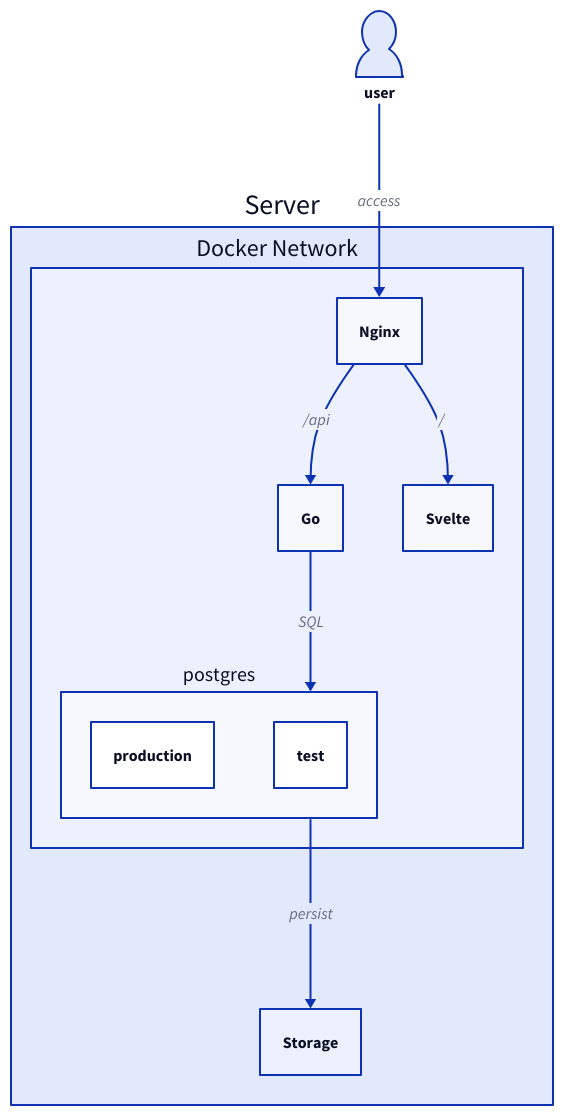
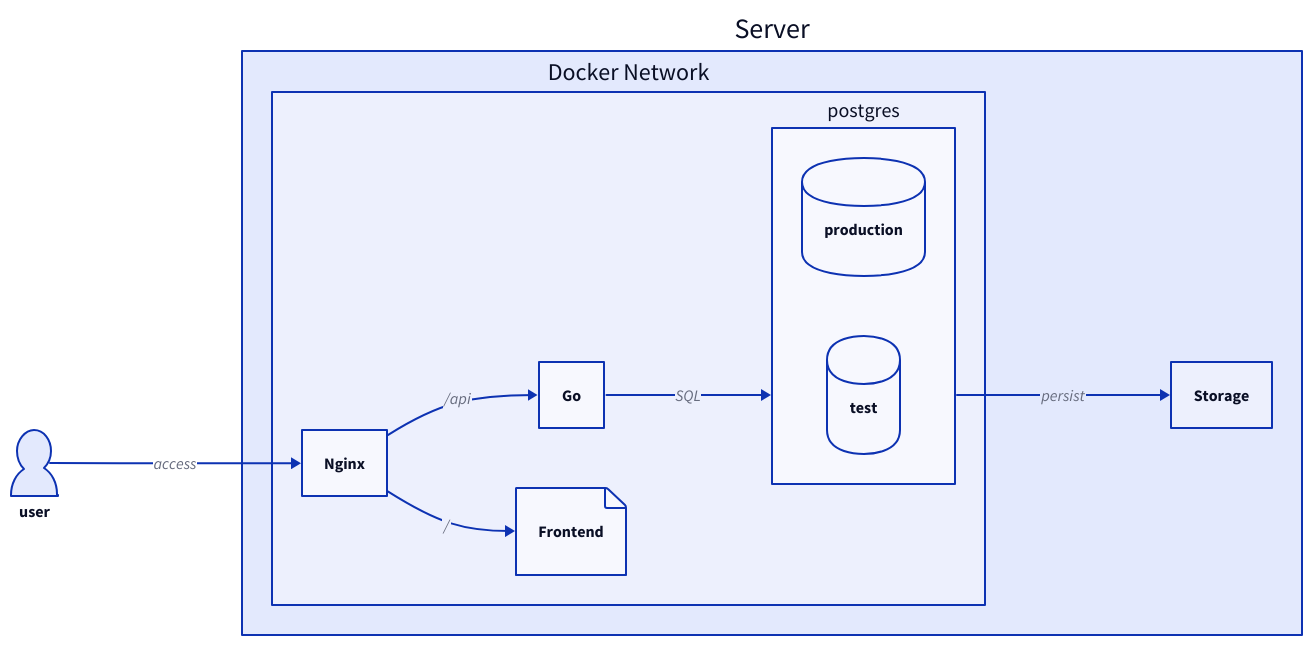
Before and after one commit to jakesmith-101/psychic-waffle: the diagram in plan.d2, drawn with D2.

Commit message:
Update plan.d2
- change shapes of containers
- postgres as cylinders
- svelte to frontend as page
- direction changed from vertical

```diff
--- a/plan.d2
+++ b/plan.d2
@@ -1,20 +1,27 @@
 Server: {
   Docker Network: {
     postgres: {
-      production
-      test
+      production: {
+        shape: cylinder
+      }
+      test: {
+        shape: cylinder
+      }
     }
     Go
     Nginx
-    Svelte
+    Frontend: {
+      shape: page
+    }
 
     Nginx -> Go: /api
-    Nginx -> Svelte: /
+    Nginx -> Frontend: /
     Go -> postgres: SQL
   }
   Docker Network.postgres -> Storage: persist
 }
 user: {
   shape: person
 }
+direction: right
 user -> Server.Docker Network.Nginx: access
```
